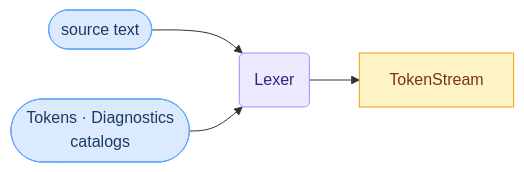
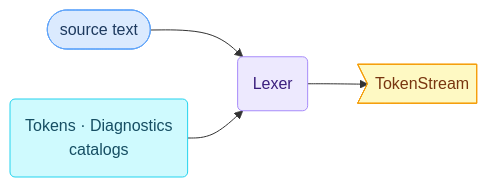
The second of 9 diagrams in docs/compiler-and-runtime-design.md (sfalik/Precept), drawn with Mermaid before and after one commit. The commit also changed other lines of this file and 1 other file, not shown here.

First line of the commit message:
docs: refine pipeline diagram and narrative in compiler-and-runtime-design.md

````diff
--- a/docs/compiler-and-runtime-design.md
+++ b/docs/compiler-and-runtime-design.md
@@ -143,15 +253,16 @@
 ```mermaid
 flowchart LR
-    classDef input fill:#dbeafe,stroke:#60a5fa,color:#1e3a5f
-    classDef stage fill:#ede9fe,stroke:#a78bfa,color:#3b1f7e
-    classDef artifact fill:#fef3c7,stroke:#f59e0b,color:#78350f
+    classDef input   fill:#dbeafe,stroke:#60a5fa,color:#1e3a5f
+    classDef catalog fill:#cffafe,stroke:#22d3ee,color:#164e63
+    classDef stage   fill:#ede9fe,stroke:#a78bfa,color:#3b1f7e
+    classDef out     fill:#fef9c3,stroke:#f59e0b,color:#78350f
 
     SRC([source text]):::input
-    CAT(["Tokens · Diagnostics<br/>catalogs"]):::input
+    CAT("Tokens · Diagnostics<br/>catalogs"):::catalog
     LEX(Lexer):::stage
-    OUT[TokenStream]:::artifact
+    OUT>"TokenStream"]:::out
 
     SRC --> LEX
     CAT --> LEX
     LEX --> OUT
 ```
````
